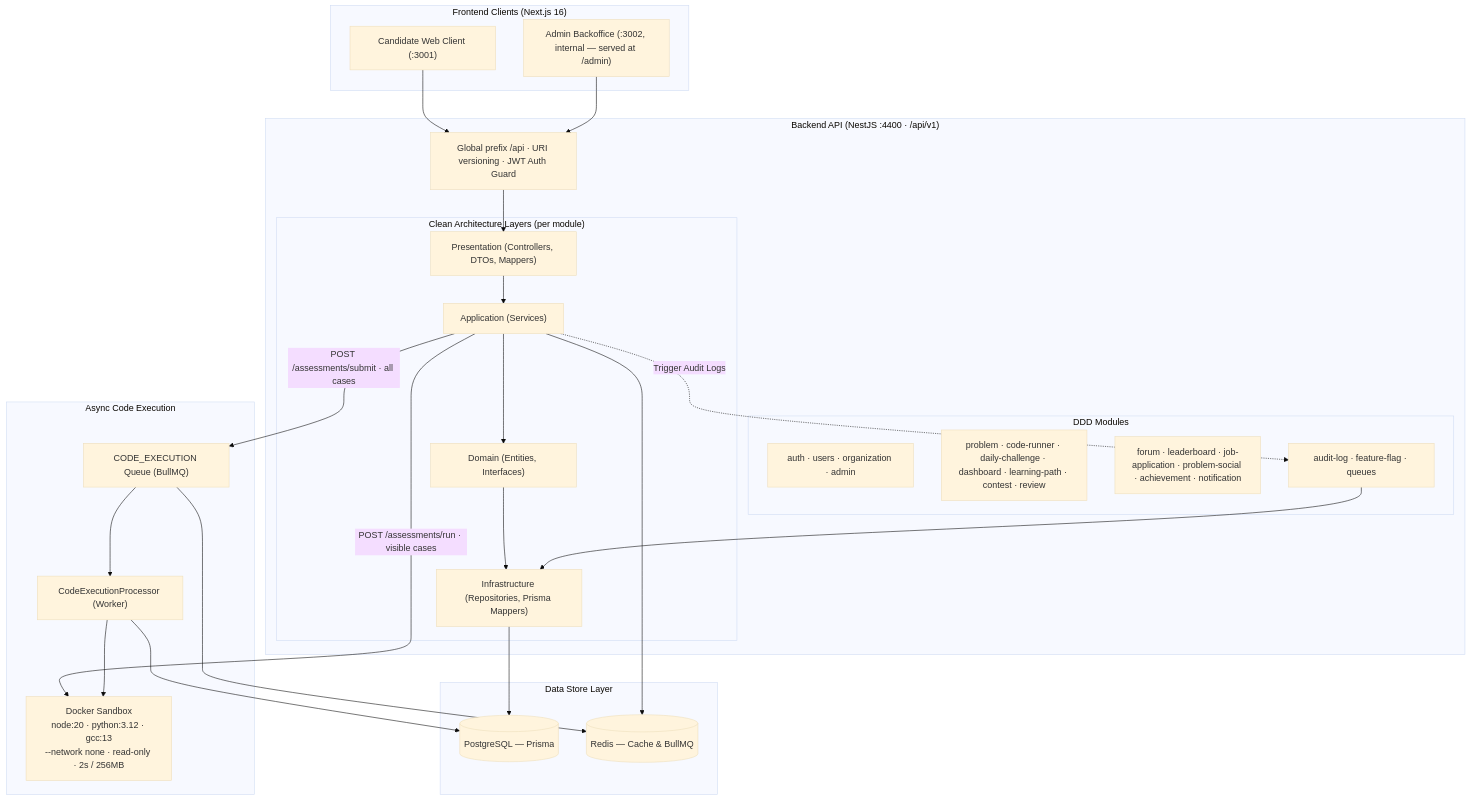
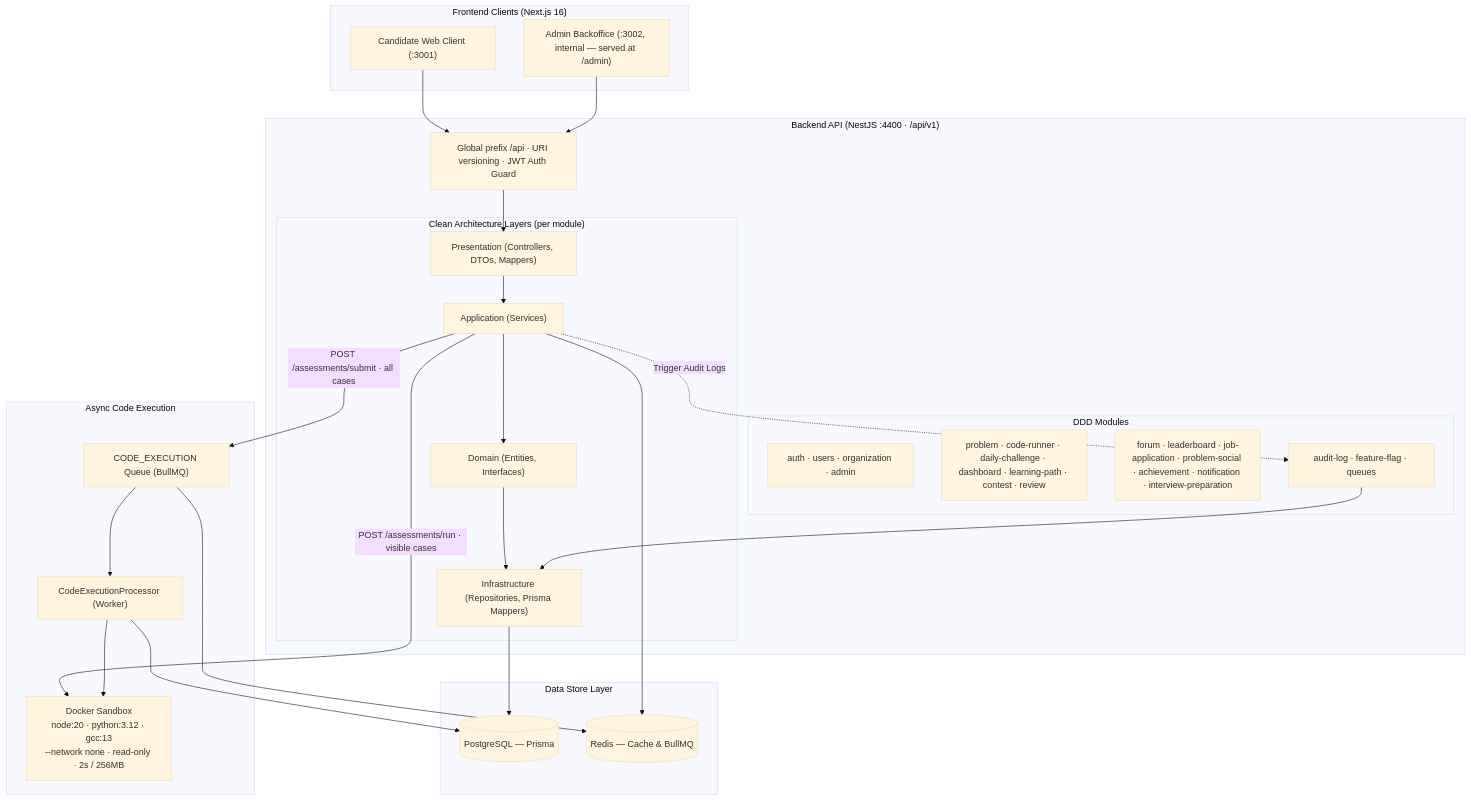
One commit to rizonkumar/elevateSDE changed the diagram in README.md. Above: the diagram before and after it, drawn with Mermaid (base theme). The commit also changed other lines of this file and 18 other files, not shown here.

First line of the commit message:
docs(interview-preparation): Add readiness architecture, screenshots, and feature overview

````diff
--- a/README.md
+++ b/README.md
@@ -12,57 +12,57 @@
 ```mermaid
 graph TD
     subgraph Clients["Frontend Clients (Next.js 16)"]
         Web["Candidate Web Client (:3001)"]
         Admin["Admin Backoffice (:3002, internal — served at /admin)"]
     end
 
     subgraph API["Backend API (NestJS :4400 · /api/v1)"]
         Gateway["Global prefix /api · URI versioning · JWT Auth Guard"]
 
         subgraph Domains["DDD Modules"]
             CoreMods["auth · users · organization · admin"]
             LearnMods["problem · code-runner · daily-challenge · dashboard · learning-path · contest · review"]
-            CommMods["forum · leaderboard · job-application · problem-social · achievement · notification"]
+            CommMods["forum · leaderboard · job-application · problem-social · achievement · notification · interview-preparation"]
             PlatMods["audit-log · feature-flag · queues"]
         end
 
         subgraph Layers["Clean Architecture Layers (per module)"]
             Pres["Presentation (Controllers, DTOs, Mappers)"]
             App["Application (Services)"]
             Dom["Domain (Entities, Interfaces)"]
             Infra["Infrastructure (Repositories, Prisma Mappers)"]
         end
     end
 
     subgraph Async["Async Code Execution"]
         Queue["CODE_EXECUTION Queue (BullMQ)"]
         Worker["CodeExecutionProcessor (Worker)"]
         Sandbox["Docker Sandbox<br/>node:20 · python:3.12 · gcc:13<br/>--network none · read-only · 2s / 256MB"]
     end
 
     subgraph Storage["Data Store Layer"]
         DB[("PostgreSQL — Prisma")]
         Cache[("Redis — Cache & BullMQ")]
     end
 
     Web --> Gateway
     Admin --> Gateway
     Gateway --> Pres
     Pres --> App
     App --> Dom
     Dom --> Infra
     Infra --> DB
     App --> Cache
 
     %% Code execution: synchronous run vs queued submit
     App -->|POST /assessments/run · visible cases| Sandbox
     App -->|POST /assessments/submit · all cases| Queue
     Queue --> Cache
     Queue --> Worker
     Worker --> Sandbox
     Worker --> DB
 
     %% Audit Logging Hook
     App -.->|Trigger Audit Logs| PlatMods
     PlatMods --> Infra
 ```
````
